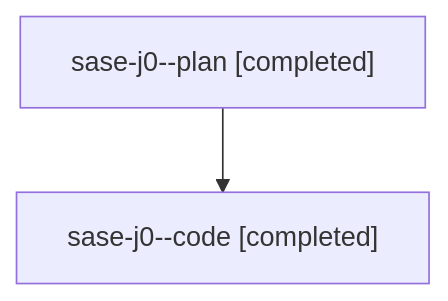
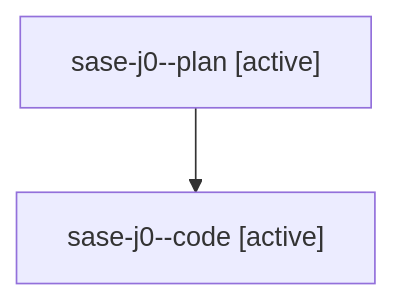
The diagram in families/bbugyi200.athena.sase-j0.md (sase-org/sase--agents), drawn with Mermaid before and after one commit. The commit also changed other lines of this file and 30 other files, not shown here.

````diff
--- a/families/bbugyi200.athena.sase-j0.md
+++ b/families/bbugyi200.athena.sase-j0.md
@@ -9,6 +9,6 @@
 ```mermaid
 flowchart TD
-  n0["sase-j0--plan [completed]"]
-  n1["sase-j0--code [completed]"]
+  n0["sase-j0--plan [active]"]
+  n1["sase-j0--code [active]"]
   n0 --> n1
 ```
````
